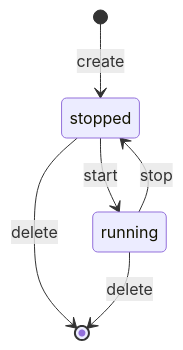
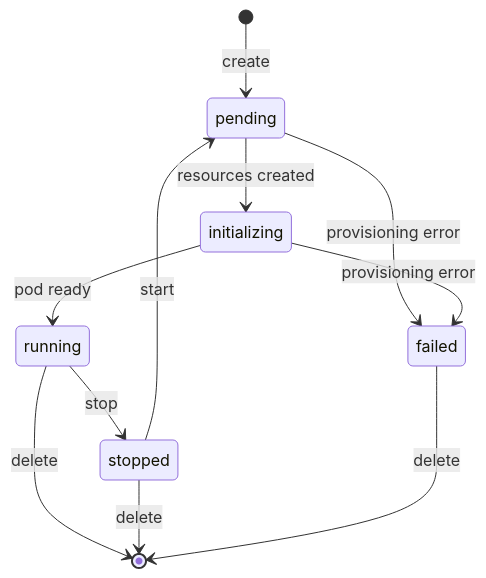
Before and after one commit to EddisonSo/cloud: the diagram in edd-cloud-docs/docs/services/compute.md, drawn with Mermaid. The commit also changed other lines of this file and 1 other file, not shown here.

````diff
--- a/edd-cloud-docs/docs/services/compute.md
+++ b/edd-cloud-docs/docs/services/compute.md
@@ -61,8 +77,13 @@
 ```mermaid
 stateDiagram-v2
-    [*] --> stopped: create
-    stopped --> running: start
+    [*] --> pending: create
+    pending --> initializing: resources created
+    initializing --> running: pod ready
+    pending --> failed: provisioning error
+    initializing --> failed: provisioning error
     running --> stopped: stop
+    stopped --> pending: start
+    running --> [*]: delete
     stopped --> [*]: delete
-    running --> [*]: delete
+    failed --> [*]: delete
 ```
````
